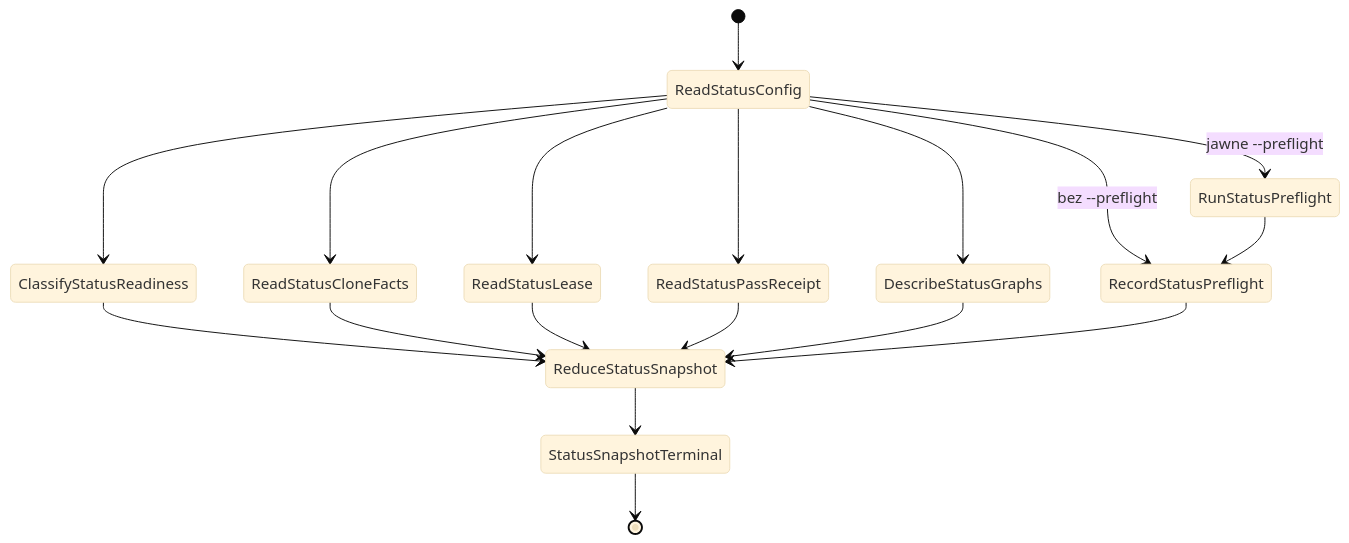
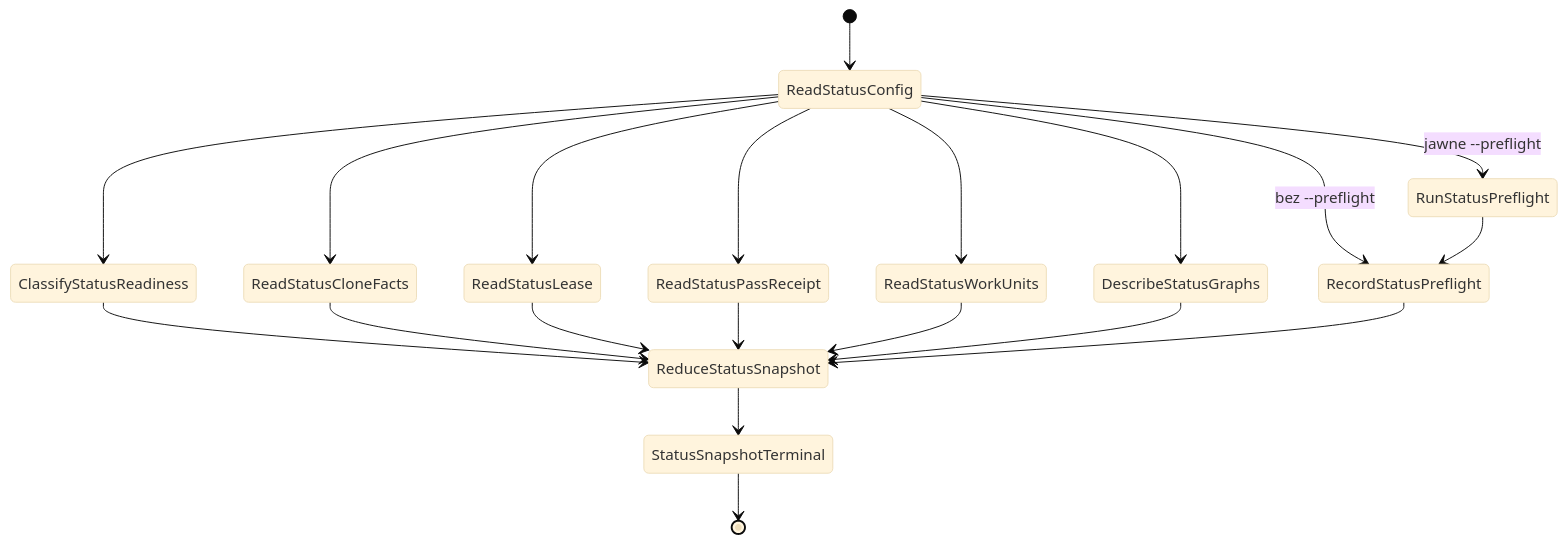
Diagram 15 of 47 in README.md (mikolaj92/lokay), drawn with Mermaid (base theme) before and after one commit. The commit also changed 16 other files, not shown here.

First line of the commit message:
fix: keep delivered work units across mill passes

````diff
--- a/README.md
+++ b/README.md
@@ -427,20 +427,22 @@
 ```mermaid
 stateDiagram-v2
     [*] --> ReadStatusConfig
     ReadStatusConfig --> ClassifyStatusReadiness
     ReadStatusConfig --> ReadStatusCloneFacts
     ReadStatusConfig --> ReadStatusLease
     ReadStatusConfig --> ReadStatusPassReceipt
+    ReadStatusConfig --> ReadStatusWorkUnits
     ReadStatusConfig --> DescribeStatusGraphs
     ReadStatusConfig --> RunStatusPreflight: jawne --preflight
     ReadStatusConfig --> RecordStatusPreflight: bez --preflight
     RunStatusPreflight --> RecordStatusPreflight
     ClassifyStatusReadiness --> ReduceStatusSnapshot
     ReadStatusCloneFacts --> ReduceStatusSnapshot
     ReadStatusLease --> ReduceStatusSnapshot
     ReadStatusPassReceipt --> ReduceStatusSnapshot
+    ReadStatusWorkUnits --> ReduceStatusSnapshot
     DescribeStatusGraphs --> ReduceStatusSnapshot
     RecordStatusPreflight --> ReduceStatusSnapshot
     ReduceStatusSnapshot --> StatusSnapshotTerminal
     StatusSnapshotTerminal --> [*]
 ```
````
